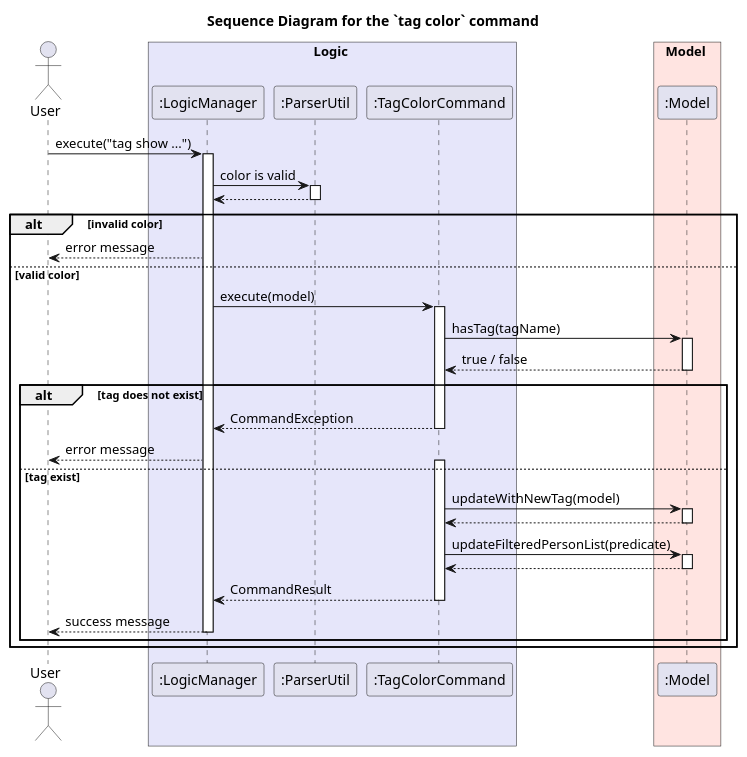
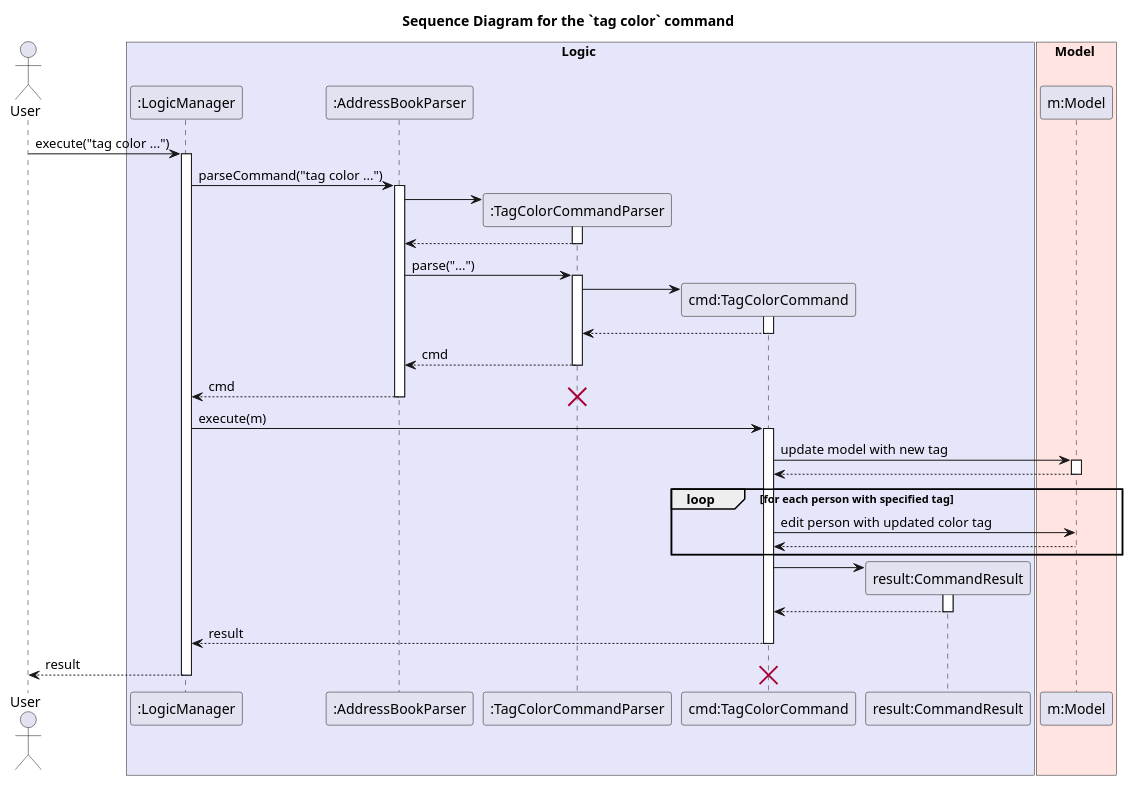
Before and after one commit to AY2526S2-CS2103-T11-1/tp: the diagram in docs/diagrams/tag/TagColorSequenceDiagram.puml, drawn with PlantUML. The commit also changed 1 other file, not shown here.

Commit message:
Update sequence diagram to new spec

```diff
--- a/docs/diagrams/tag/TagColorSequenceDiagram.puml
+++ b/docs/diagrams/tag/TagColorSequenceDiagram.puml
@@ -1,57 +1,74 @@
 @startuml
 title Sequence Diagram for the `tag color` command
 
 actor User
+
 box Logic #E6E6FA
 participant ":LogicManager" as Logic
-participant ":ParserUtil" as Parser
-participant ":TagColorCommand" as Command
+participant ":AddressBookParser" as ABParser
+participant ":TagColorCommandParser" as Parser
+participant "cmd:TagColorCommand" as Command
+participant "result:CommandResult" as Result
 end box
 
 box Model #FFE4E1
-participant ":Model" as Model
+participant "m:Model" as Model
 end box
 
-User -> Logic : execute("tag show ...")
+User -> Logic : execute("tag color ...")
 activate Logic
 
-Logic -> Parser : color is valid
+Logic -> ABParser : parseCommand("tag color ...")
+activate ABParser
+
+create Parser
+ABParser -> Parser
 activate Parser
 
-Parser --> Logic
+ABParser <-- Parser
 deactivate Parser
 
-alt invalid color
-    Logic --> User : error message
-else valid color
-    Logic -> Command : execute(model)
-    activate Command
+ABParser -> Parser : parse("...")
+activate Parser
 
-Command -> Model : hasTag(tagName)
+create Command
+Parser -> Command
+activate Command
+
+Parser <-- Command
+deactivate Command
+
+ABParser <-- Parser : cmd
+deactivate Parser
+
+Logic <-- ABParser : cmd
+destroy Parser
+deactivate ABParser
+
+Logic -> Command : execute(m)
+activate Command
+
+Command -> Model : update model with new tag
 activate Model
-Model --> Command : true / false
+Model --> Command
 deactivate Model
 
-alt tag does not exist
-    Command --> Logic : CommandException
-    deactivate Command
-    Logic --> User : error message
-else tag exist
-    activate Command
-    Command -> Model : updateWithNewTag(model)
-    activate Model
-    Model --> Command
-    deactivate Model
-    Command -> Model : updateFilteredPersonList(predicate)
-    activate Model
-    Model --> Command
-    deactivate Model
-    Command --> Logic : CommandResult
-    deactivate Command
-    Logic --> User : success message
-    deactivate Logic
+loop for each person with specified tag
+Command -> Model : edit person with updated color tag
+Model --> Command
 end
 
-end
+create Result
+Command -> Result
+activate Result
+Result --> Command
+deactivate Result
+
+Logic <-- Command : result
+deactivate Command
+
+User <-- Logic : result
+destroy Command
+deactivate Logic
 
 @enduml
```
